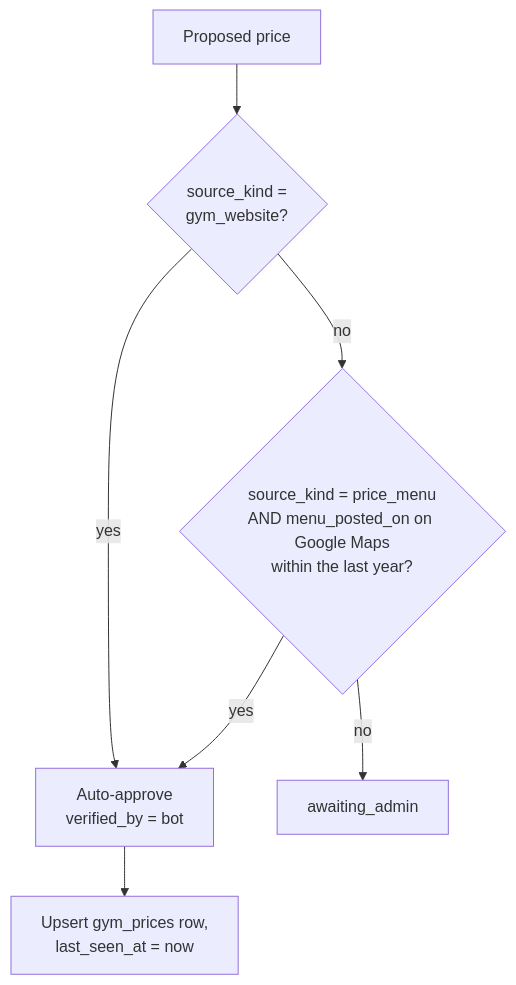
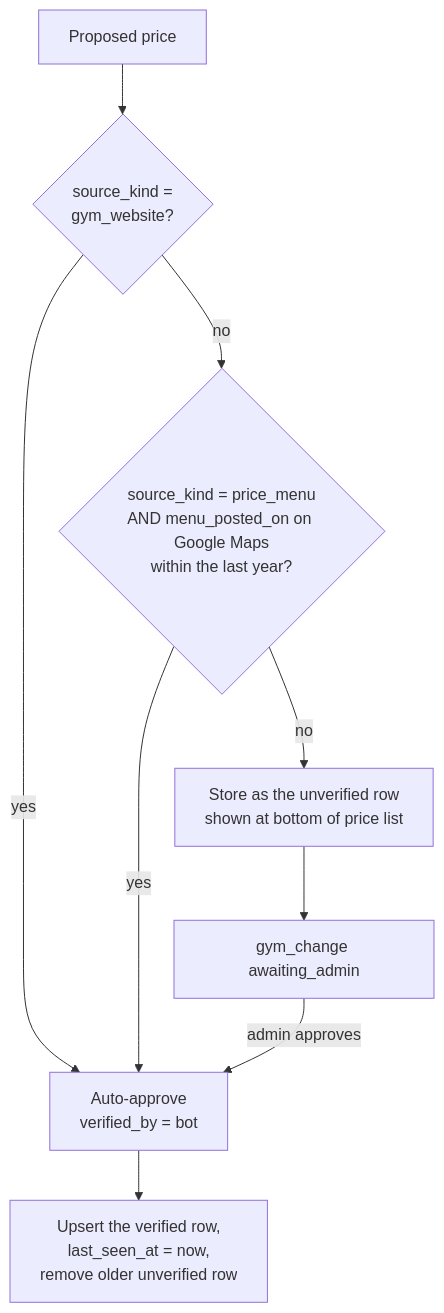
The fifth of 8 diagrams in STACK_AND_SCHEMA.md (AbsentLung/TravelApp), drawn with Mermaid before and after one commit. The commit also changed other lines of this file and 2 other files, not shown here.

First line of the commit message:
Store unverified prices alongside verified ones

````diff
--- a/STACK_AND_SCHEMA.md
+++ b/STACK_AND_SCHEMA.md
@@ -377,9 +385,11 @@
 ```mermaid
 flowchart TD
     C[Proposed price] --> W{source_kind =<br/>gym_website?}
     W -->|yes| A[Auto-approve<br/>verified_by = bot]
     W -->|no| M{source_kind = price_menu<br/>AND menu_posted_on on Google Maps<br/>within the last year?}
     M -->|yes| A
-    M -->|no| AD[awaiting_admin]
-    A --> U[Upsert gym_prices row,<br/>last_seen_at = now]
+    M -->|no| UV[Store as the unverified row<br/>shown at bottom of price list]
+    UV --> AD[gym_change awaiting_admin]
+    AD -->|admin approves| A
+    A --> U[Upsert the verified row,<br/>last_seen_at = now,<br/>remove older unverified row]
 ```
````
